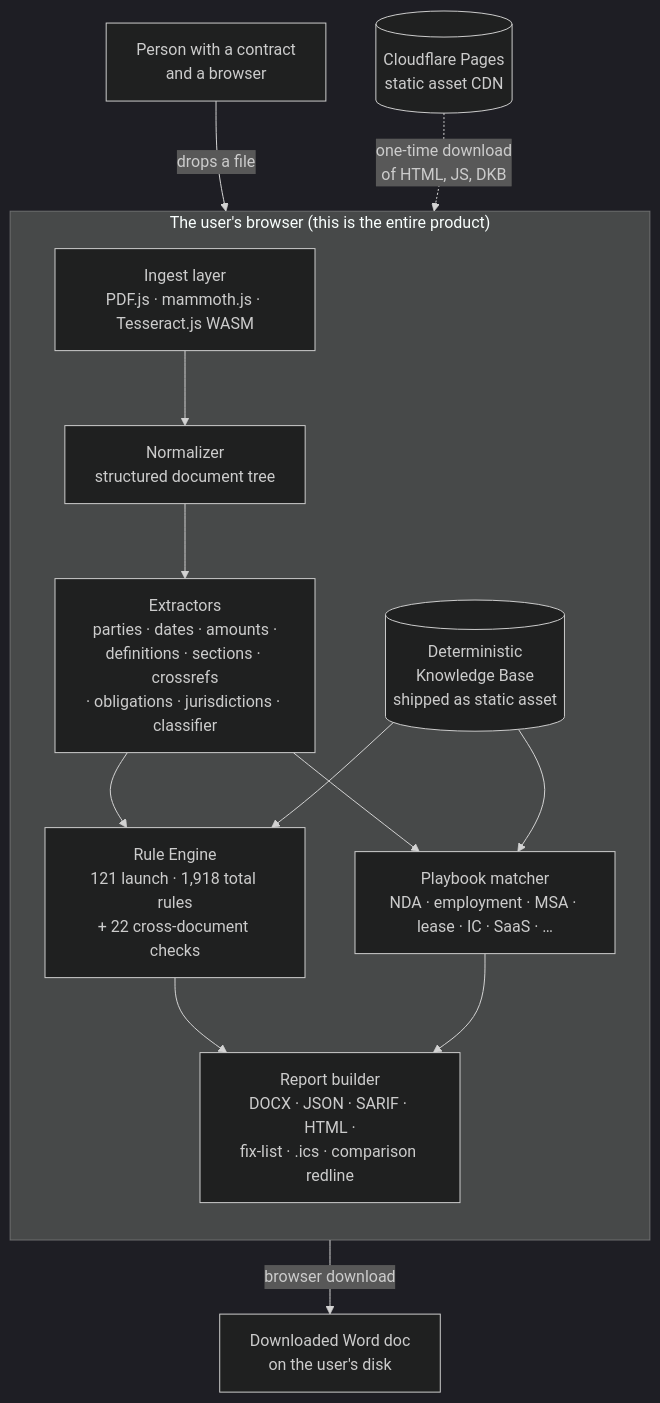
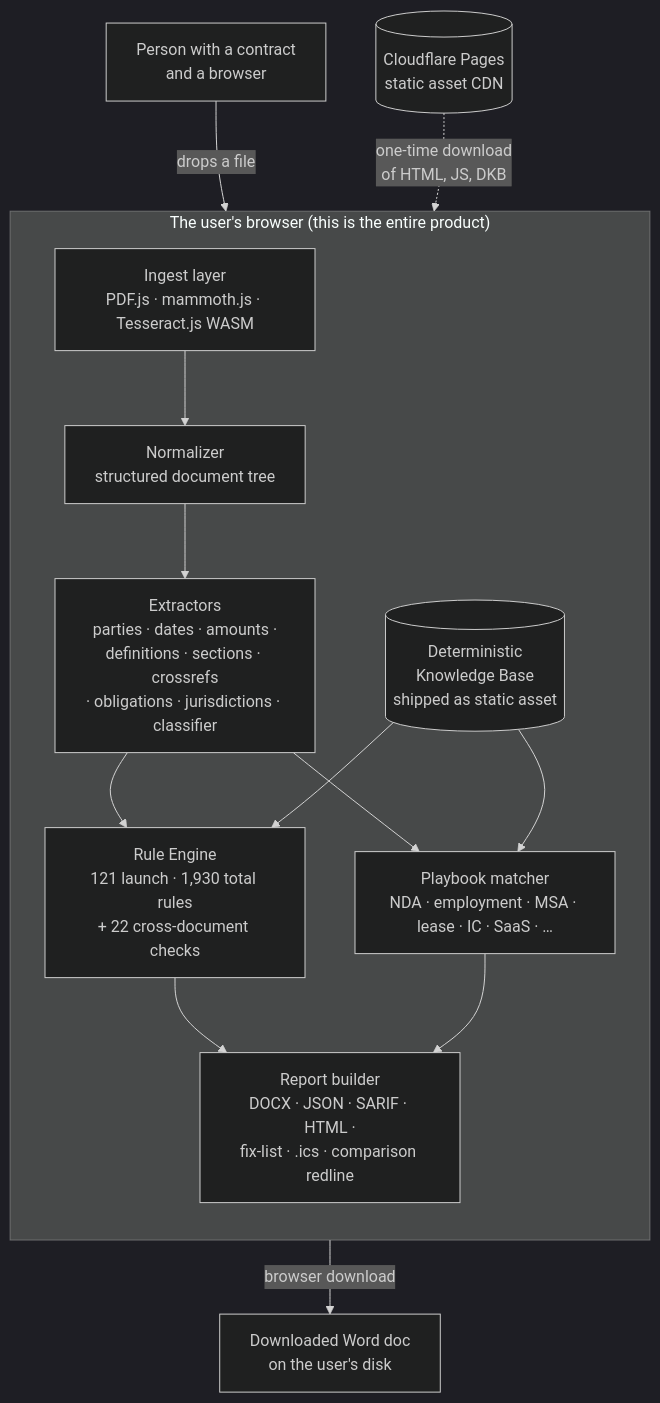
The diagram in docs/architecture.md (clay-good/vaulytica), drawn with Mermaid (dark theme) before and after one commit. The commit also changed other lines of this file and 401 other files, not shown here.

````diff
--- a/docs/architecture.md
+++ b/docs/architecture.md
@@ -5,28 +5,28 @@
 ```mermaid
 flowchart TB
     user[Person with a contract<br/>and a browser]
 
     subgraph browser["The user's browser (this is the entire product)"]
         direction TB
         ingest[Ingest layer<br/>PDF.js · mammoth.js · Tesseract.js WASM]
         normalize[Normalizer<br/>structured document tree]
         extract[Extractors<br/>parties · dates · amounts ·<br/>definitions · sections · crossrefs<br/>· obligations · jurisdictions · classifier]
-        engine[Rule Engine<br/>121 launch · 1,918 total rules<br/>+ 22 cross-document checks]
+        engine[Rule Engine<br/>121 launch · 1,930 total rules<br/>+ 22 cross-document checks]
         playbook[Playbook matcher<br/>NDA · employment · MSA · lease · IC · SaaS · …]
         dkb[(Deterministic<br/>Knowledge Base<br/>shipped as static asset)]
         report[Report builder<br/>DOCX · JSON · SARIF · HTML ·<br/>fix-list · .ics · comparison redline]
     end
 
     cdn[(Cloudflare Pages<br/>static asset CDN)]
     download[Downloaded Word doc<br/>on the user's disk]
 
     user -- "drops a file" --> ingest
     cdn -. "one-time download<br/>of HTML, JS, DKB" .-> browser
     ingest --> normalize --> extract --> engine
     extract --> playbook
     dkb --> engine
     dkb --> playbook
     engine --> report
     playbook --> report
     report -- "browser download" --> download
 ```
````
